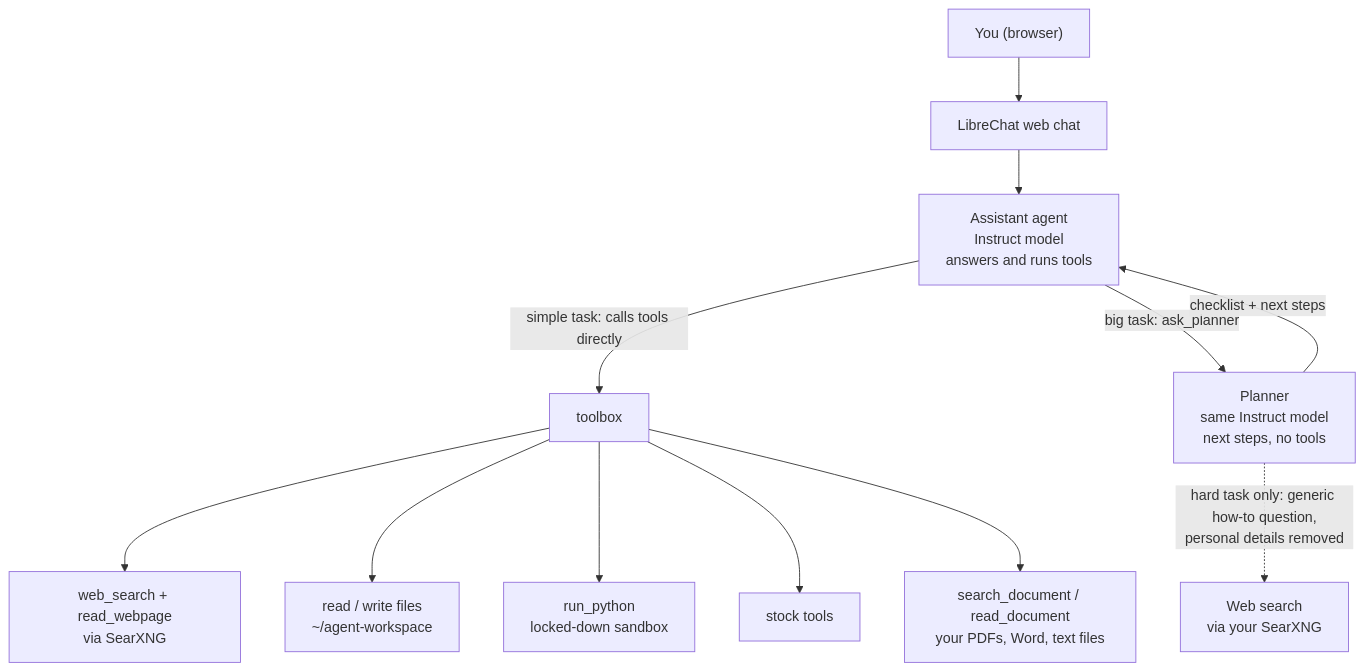
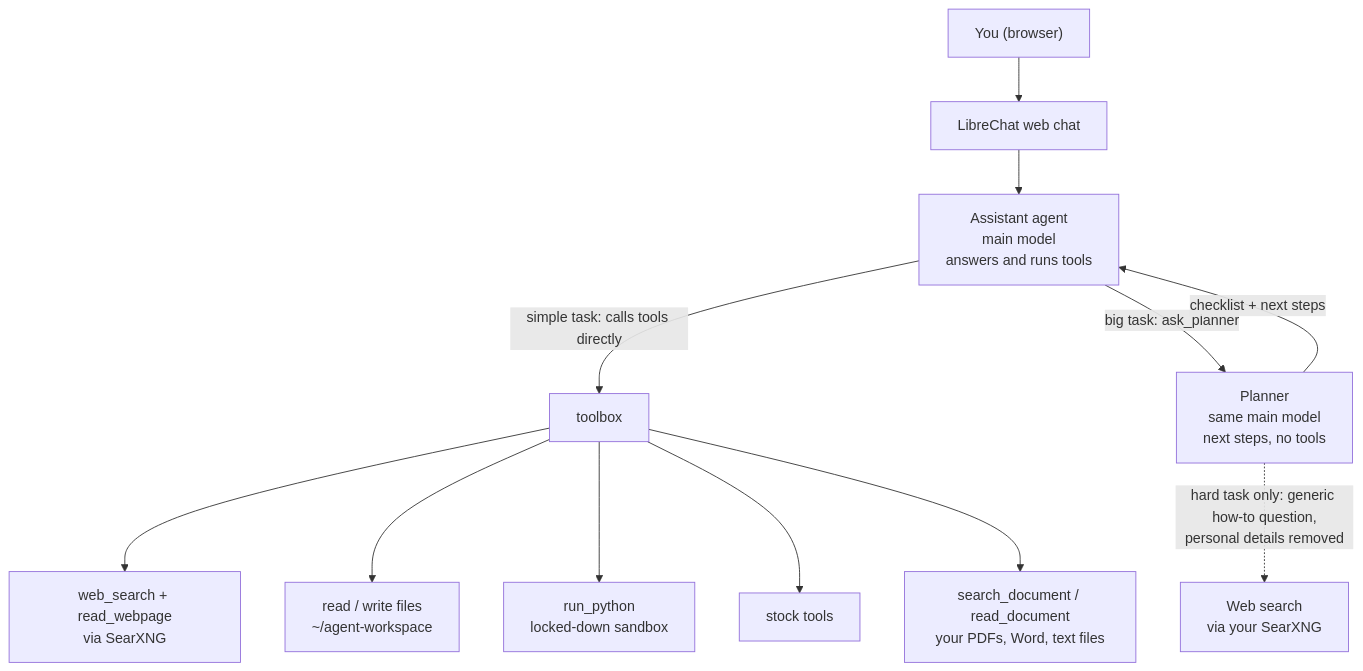
Before and after one commit to dhoon-ai/dhoon: the first of 2 diagrams in README.md, drawn with Mermaid. The commit also changed other lines of this file and 2 other files, not shown here.

First line of the commit message:
Docs for v1.1.0: Gemma 4 as the main model, two models in memory, how to upgrade; changelog

````diff
--- a/README.md
+++ b/README.md
@@ -76,14 +80,14 @@
 ```mermaid
 flowchart TD
     U["You (browser)"] --> LC["LibreChat web chat"]
-    LC --> A["Assistant agent<br/>Instruct model<br/>answers and runs tools"]
+    LC --> A["Assistant agent<br/>main model<br/>answers and runs tools"]
     A -->|"simple task: calls tools directly"| T["toolbox"]
-    A -->|"big task: ask_planner"| P["Planner<br/>same Instruct model<br/>next steps, no tools"]
+    A -->|"big task: ask_planner"| P["Planner<br/>same main model<br/>next steps, no tools"]
     P -.->|"hard task only: generic how-to question,<br/>personal details removed"| G["Web search<br/>via your SearXNG"]
     P -->|"checklist + next steps"| A
     T --> W["web_search + read_webpage<br/>via SearXNG"]
     T --> F["read / write files<br/>~/agent-workspace"]
     T --> PY["run_python<br/>locked-down sandbox"]
     T --> S["stock tools"]
     T --> D["search_document / read_document<br/>your PDFs, Word, text files"]
 ```
````
